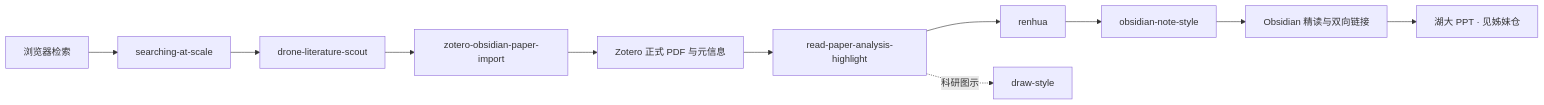
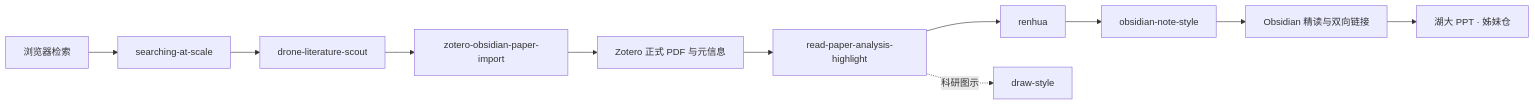
Before and after one commit to w5711112/Unified-Scholarflow-Skills: the diagram in README.md, drawn with Mermaid. The commit also changed other lines of this file and 19 other files, not shown here.

````diff
--- a/README.md
+++ b/README.md
@@ -35,13 +37,13 @@
 ```mermaid
 flowchart LR
 A[浏览器检索] --> B[searching-at-scale]
 B --> C[drone-literature-scout]
 C --> D[zotero-obsidian-paper-import]
 D --> E[Zotero 正式 PDF 与元信息]
 E --> F[read-paper-analysis-highlight]
 F --> G[renhua]
 G --> H[obsidian-note-style]
 H --> I[Obsidian 精读与双向链接]
-I --> J[湖大 PPT · 见姊妹仓]
+I --> J[湖大 PPT · 姊妹仓]
 F -. 科研图示 .-> K[draw-style]
 ```
````
